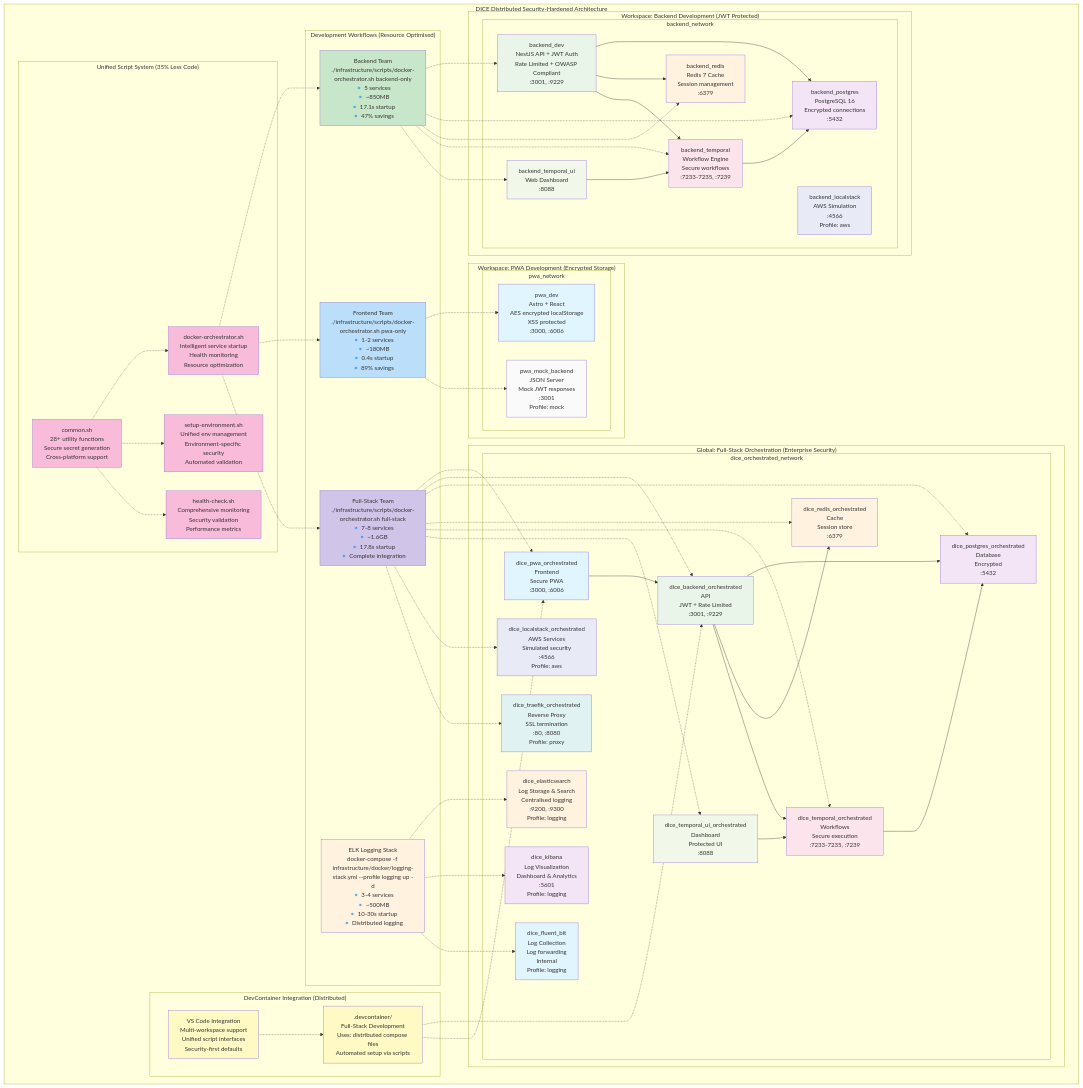
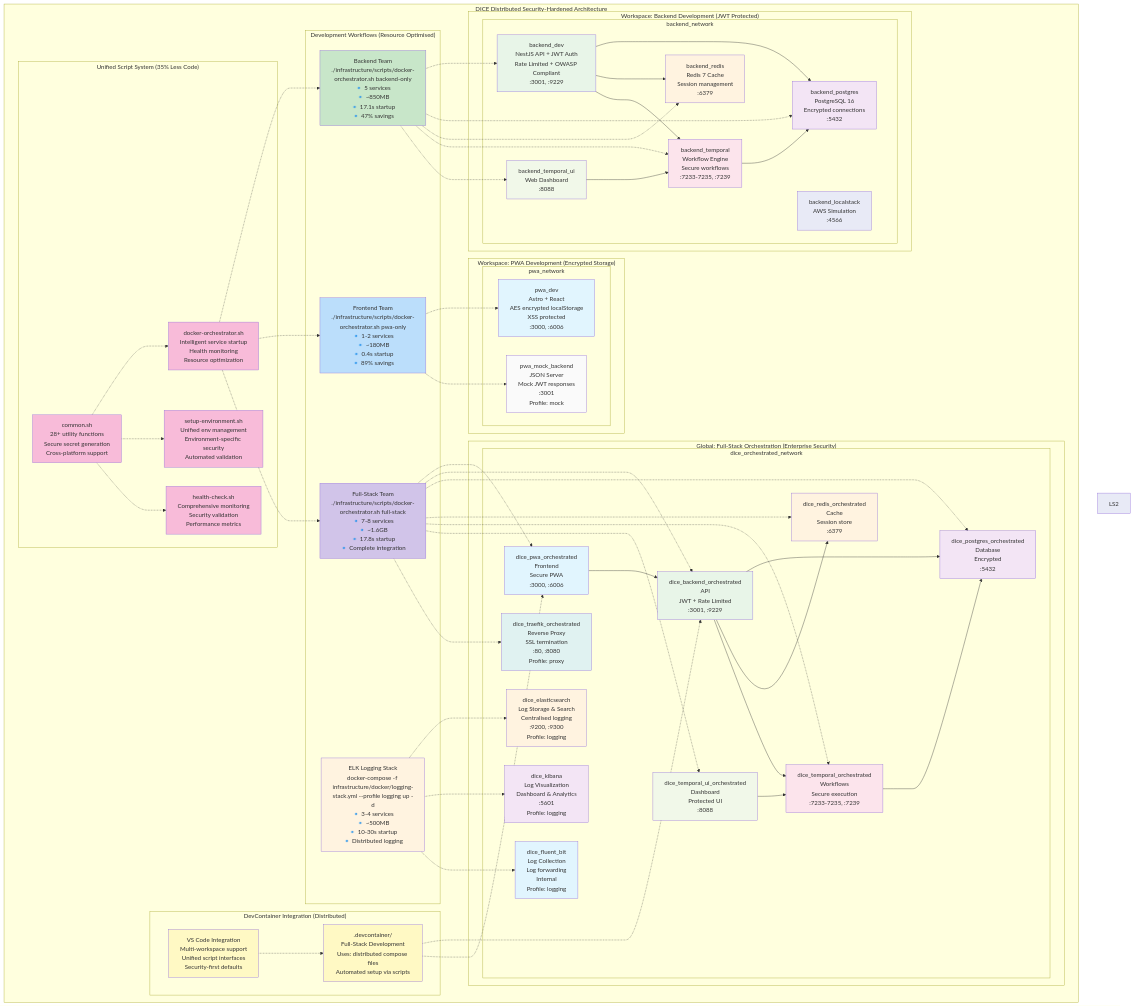
One commit to windagency/dice changed the diagram in infrastructure/docker/DOCKER_README.md. Above: the diagram before and after it, drawn with Mermaid. The commit also changed other lines of this file and 16 other files, not shown here.

First line of the commit message:
feat: integrate LocalStack AWS services into backend startup

```diff
--- a/infrastructure/docker/DOCKER_README.md
+++ b/infrastructure/docker/DOCKER_README.md
@@ -33,7 +33,7 @@
                 RD1[backend_redis<br/>Redis 7 Cache<br/>Session management<br/>:6379]
                 TM1[backend_temporal<br/>Workflow Engine<br/>Secure workflows<br/>:7233-7235, :7239]
                 TU1[backend_temporal_ui<br/>Web Dashboard<br/>:8088]
-                LS1[backend_localstack<br/>AWS Simulation<br/>:4566<br/>Profile: aws]
+                LS1[backend_localstack<br/>AWS Simulation<br/>:4566]
             end
         end
         
@@ -52,7 +52,6 @@
                 RD2[dice_redis_orchestrated<br/>Cache<br/>Session store<br/>:6379]
                 TM2[dice_temporal_orchestrated<br/>Workflows<br/>Secure execution<br/>:7233-7235, :7239]
                 TU2[dice_temporal_ui_orchestrated<br/>Dashboard<br/>Protected UI<br/>:8088]
-                LS2[dice_localstack_orchestrated<br/>AWS Services<br/>Simulated security<br/>:4566<br/>Profile: aws]
                 TK2[dice_traefik_orchestrated<br/>Reverse Proxy<br/>SSL termination<br/>:80, :8080<br/>Profile: proxy]
                 EL2[dice_elasticsearch<br/>Log Storage & Search<br/>Centralised logging<br/>:9200, :9300<br/>Profile: logging]
                 KB2[dice_kibana<br/>Log Visualization<br/>Dashboard & Analytics<br/>:5601<br/>Profile: logging]
@@ -96,7 +95,6 @@
     WF3 -.-> RD2
     WF3 -.-> TM2
     WF3 -.-> TU2
-    WF3 -.-> LS2
     WF3 -.-> TK2
     
     WF4 -.-> EL2
```
